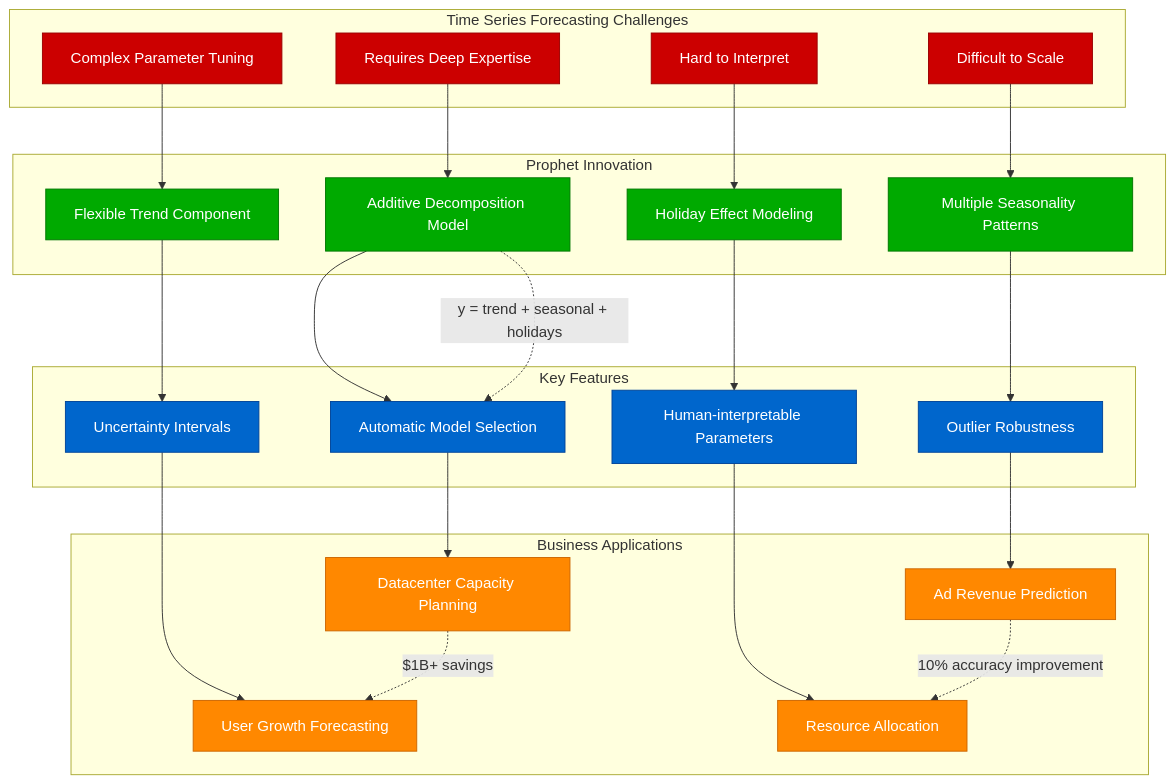
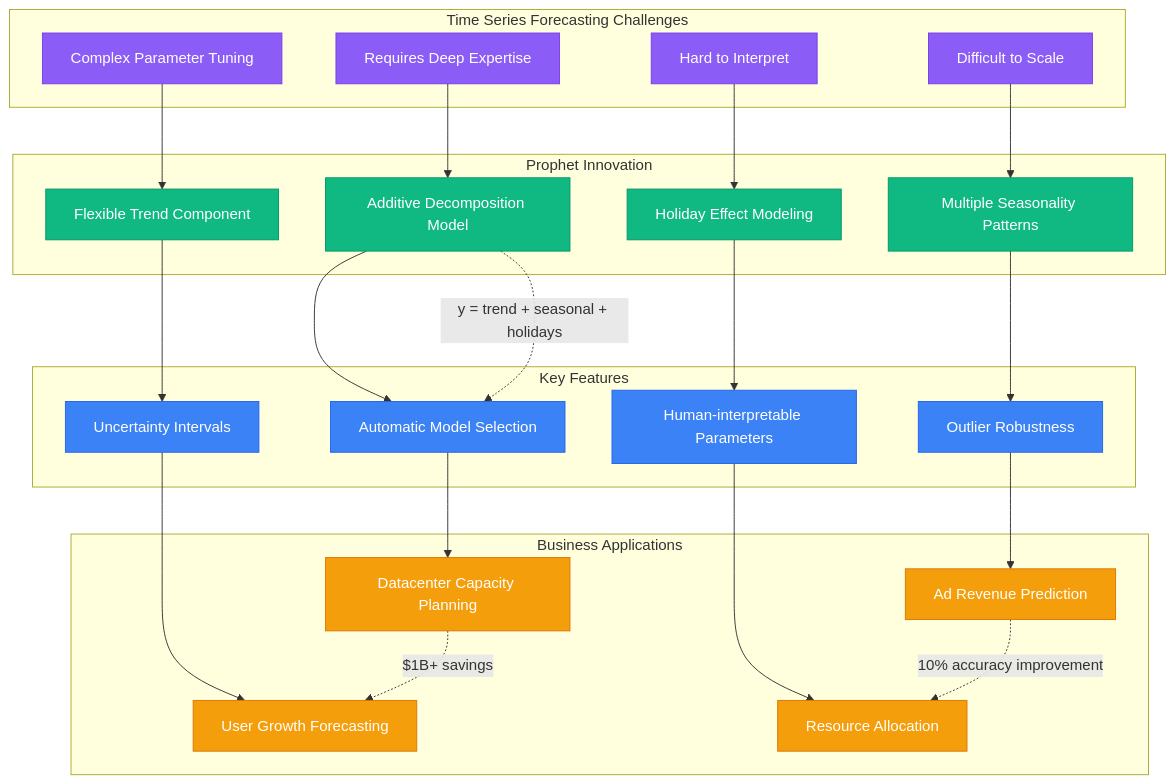
The seventh of 9 diagrams in site/docs/systems/meta/novel-solutions.md (deepaucksharma/DS), drawn with Mermaid before and after one commit. The commit also changed other lines of this file and 303 other files, not shown here.

````diff
--- a/site/docs/systems/meta/novel-solutions.md
+++ b/site/docs/systems/meta/novel-solutions.md
@@ -409,60 +409,60 @@
 ```mermaid
 graph TB
     subgraph ForecastingProblem[Time Series Forecasting Challenges]
         DOMAIN_EXPERTISE[Requires Deep Expertise]
         PARAMETER_TUNING[Complex Parameter Tuning]
         SCALE_ISSUES[Difficult to Scale]
         INTERPRETABILITY[Hard to Interpret]
     end
 
     subgraph ProphetApproach[Prophet Innovation]
         ADDITIVE_MODEL[Additive Decomposition Model]
         TREND_COMPONENT[Flexible Trend Component]
         SEASONALITY[Multiple Seasonality Patterns]
         HOLIDAY_EFFECTS[Holiday Effect Modeling]
     end
 
     subgraph ProphetFeatures[Key Features]
         AUTO_SELECTION[Automatic Model Selection]
         UNCERTAINTY[Uncertainty Intervals]
         OUTLIER_ROBUST[Outlier Robustness]
         HUMAN_INTERPRETABLE[Human-interpretable Parameters]
     end
 
     subgraph BusinessImpact[Business Applications]
         CAPACITY_PLANNING[Datacenter Capacity Planning]
         GROWTH_FORECASTING[User Growth Forecasting]
         AD_REVENUE[Ad Revenue Prediction]
         RESOURCE_ALLOCATION[Resource Allocation]
     end
 
     DOMAIN_EXPERTISE --> ADDITIVE_MODEL
     PARAMETER_TUNING --> TREND_COMPONENT
     SCALE_ISSUES --> SEASONALITY
     INTERPRETABILITY --> HOLIDAY_EFFECTS
 
     ADDITIVE_MODEL --> AUTO_SELECTION
     TREND_COMPONENT --> UNCERTAINTY
     SEASONALITY --> OUTLIER_ROBUST
     HOLIDAY_EFFECTS --> HUMAN_INTERPRETABLE
 
     AUTO_SELECTION --> CAPACITY_PLANNING
     UNCERTAINTY --> GROWTH_FORECASTING
     OUTLIER_ROBUST --> AD_REVENUE
     HUMAN_INTERPRETABLE --> RESOURCE_ALLOCATION
 
     %% Business impact
     ADDITIVE_MODEL -.->|"y = trend + seasonal + holidays"| AUTO_SELECTION
     CAPACITY_PLANNING -.->|"$1B+ savings"| GROWTH_FORECASTING
     AD_REVENUE -.->|"10% accuracy improvement"| RESOURCE_ALLOCATION
 
-    classDef problemStyle fill:#CC0000,stroke:#990000,color:#fff
-    classDef innovationStyle fill:#00AA00,stroke:#007700,color:#fff
-    classDef featureStyle fill:#0066CC,stroke:#004499,color:#fff
-    classDef businessStyle fill:#FF8800,stroke:#CC6600,color:#fff
+    classDef problemStyle fill:#8B5CF6,stroke:#7C3AED,color:#fff
+    classDef innovationStyle fill:#10B981,stroke:#059669,color:#fff
+    classDef featureStyle fill:#3B82F6,stroke:#2563EB,color:#fff
+    classDef businessStyle fill:#F59E0B,stroke:#D97706,color:#fff
 
     class DOMAIN_EXPERTISE,PARAMETER_TUNING,SCALE_ISSUES,INTERPRETABILITY problemStyle
     class ADDITIVE_MODEL,TREND_COMPONENT,SEASONALITY,HOLIDAY_EFFECTS innovationStyle
     class AUTO_SELECTION,UNCERTAINTY,OUTLIER_ROBUST,HUMAN_INTERPRETABLE featureStyle
     class CAPACITY_PLANNING,GROWTH_FORECASTING,AD_REVENUE,RESOURCE_ALLOCATION businessStyle
 ```
````
